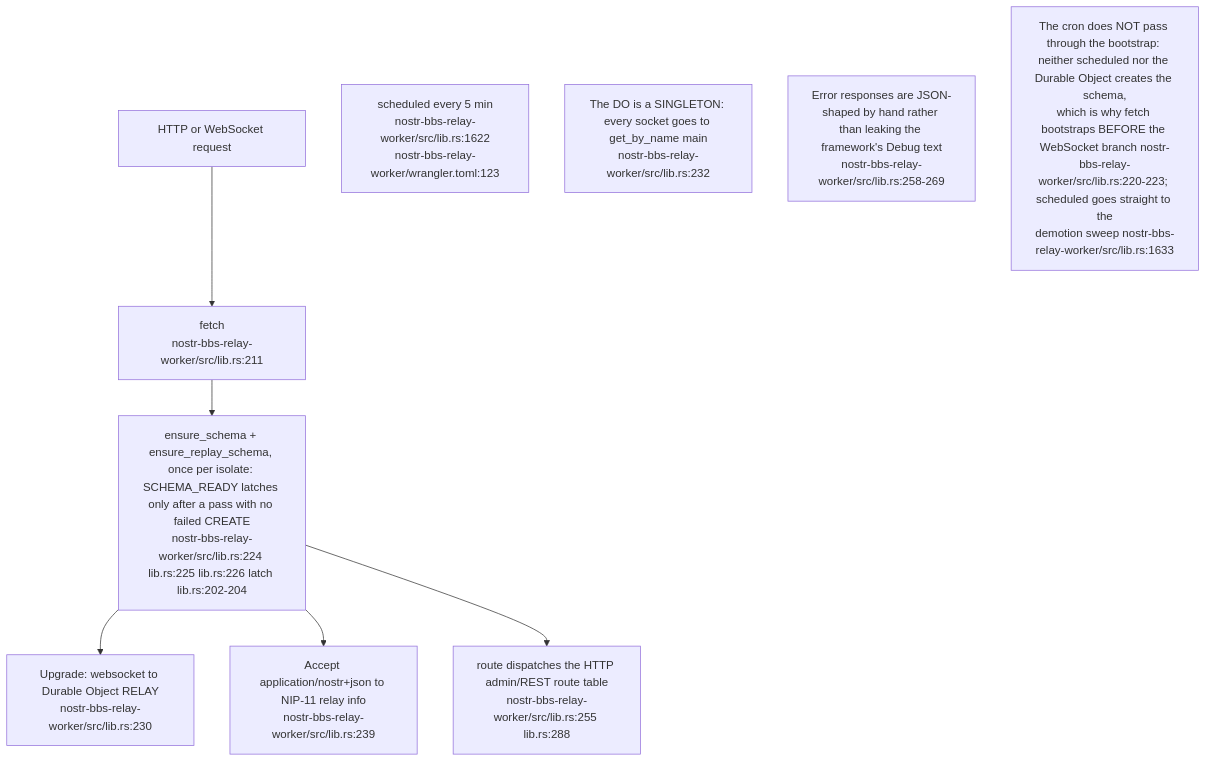
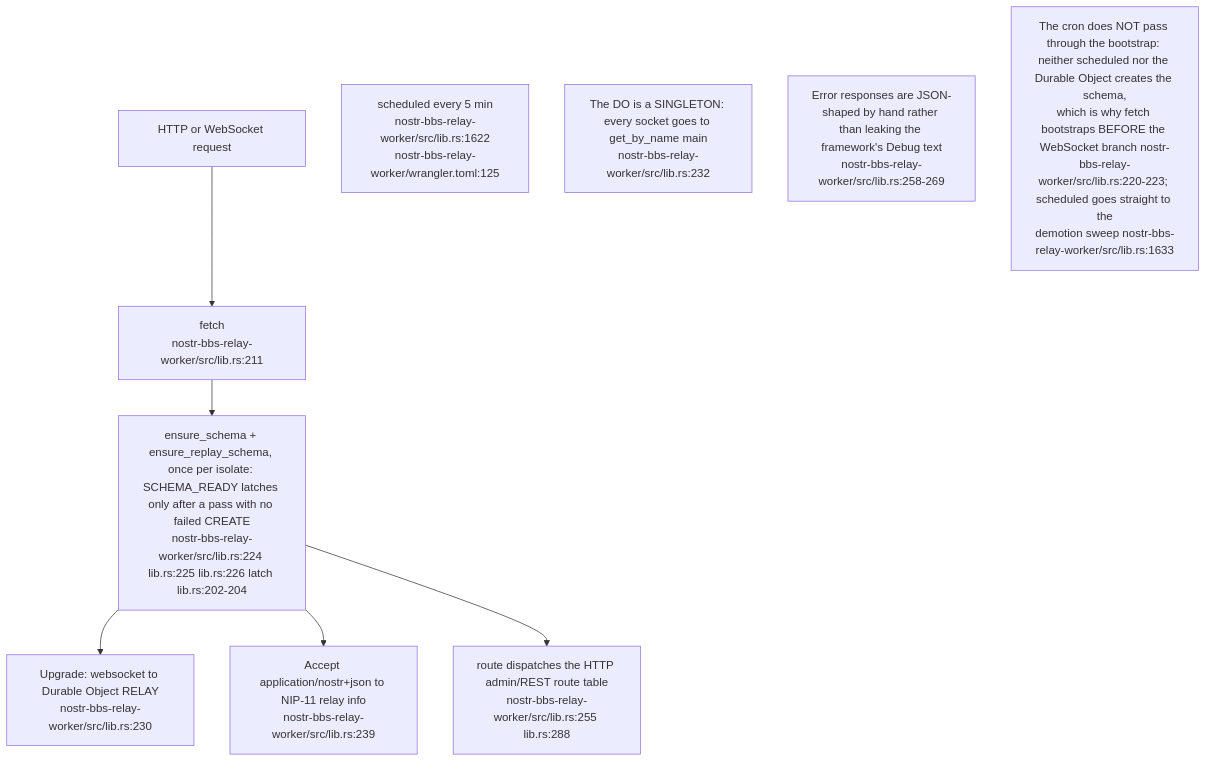
One commit to DreamLab-AI/VisionFlow changed the first of 16 diagrams in docs/diagrams/nostr-rust-forum/03-relay-worker-admission-auth-and-trust.md. Above: the diagram before and after it, drawn with Mermaid. The commit also changed other lines of this file and 11 other files, not shown here.

````diff
--- a/docs/diagrams/nostr-rust-forum/03-relay-worker-admission-auth-and-trust.md
+++ b/docs/diagrams/nostr-rust-forum/03-relay-worker-admission-auth-and-trust.md
@@ -33,19 +33,19 @@
 ```mermaid
 flowchart TB
     REQ["HTTP or WebSocket request"]
     F["fetch<br/>nostr-bbs-relay-worker/src/lib.rs:211"]
     BOOT["ensure_schema + ensure_replay_schema, once per isolate: SCHEMA_READY latches only after a pass with no failed CREATE<br/>nostr-bbs-relay-worker/src/lib.rs:224 lib.rs:225 lib.rs:226 latch lib.rs:202-204"]
     WS["Upgrade: websocket to Durable Object RELAY<br/>nostr-bbs-relay-worker/src/lib.rs:230"]
     N11["Accept application/nostr+json to NIP-11 relay info<br/>nostr-bbs-relay-worker/src/lib.rs:239"]
     RT["route dispatches the HTTP admin/REST route table<br/>nostr-bbs-relay-worker/src/lib.rs:255 lib.rs:288"]
-    CRON["scheduled every 5 min<br/>nostr-bbs-relay-worker/src/lib.rs:1622<br/>nostr-bbs-relay-worker/wrangler.toml:123"]
+    CRON["scheduled every 5 min<br/>nostr-bbs-relay-worker/src/lib.rs:1622<br/>nostr-bbs-relay-worker/wrangler.toml:125"]
 
     REQ --> F --> BOOT
     BOOT --> WS
     BOOT --> N11
     BOOT --> RT
 
     N1["The DO is a SINGLETON: every socket goes to get_by_name main<br/>nostr-bbs-relay-worker/src/lib.rs:232"]
     N2["Error responses are JSON-shaped by hand rather than leaking the framework's Debug text<br/>nostr-bbs-relay-worker/src/lib.rs:258-269"]
     N3["The cron does NOT pass through the bootstrap: neither scheduled nor the Durable Object creates the schema,<br/>which is why fetch bootstraps BEFORE the WebSocket branch nostr-bbs-relay-worker/src/lib.rs:220-223; scheduled goes straight to the<br/>demotion sweep nostr-bbs-relay-worker/src/lib.rs:1633"]
 ```
````
